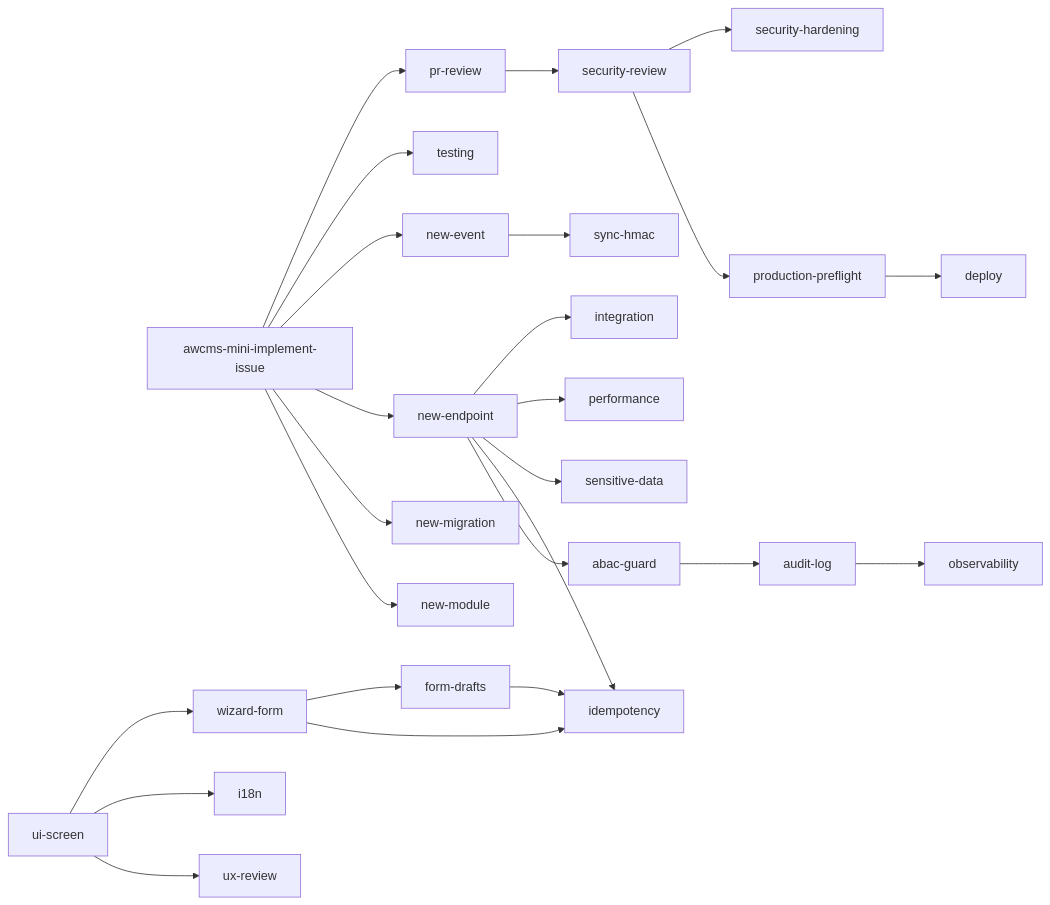
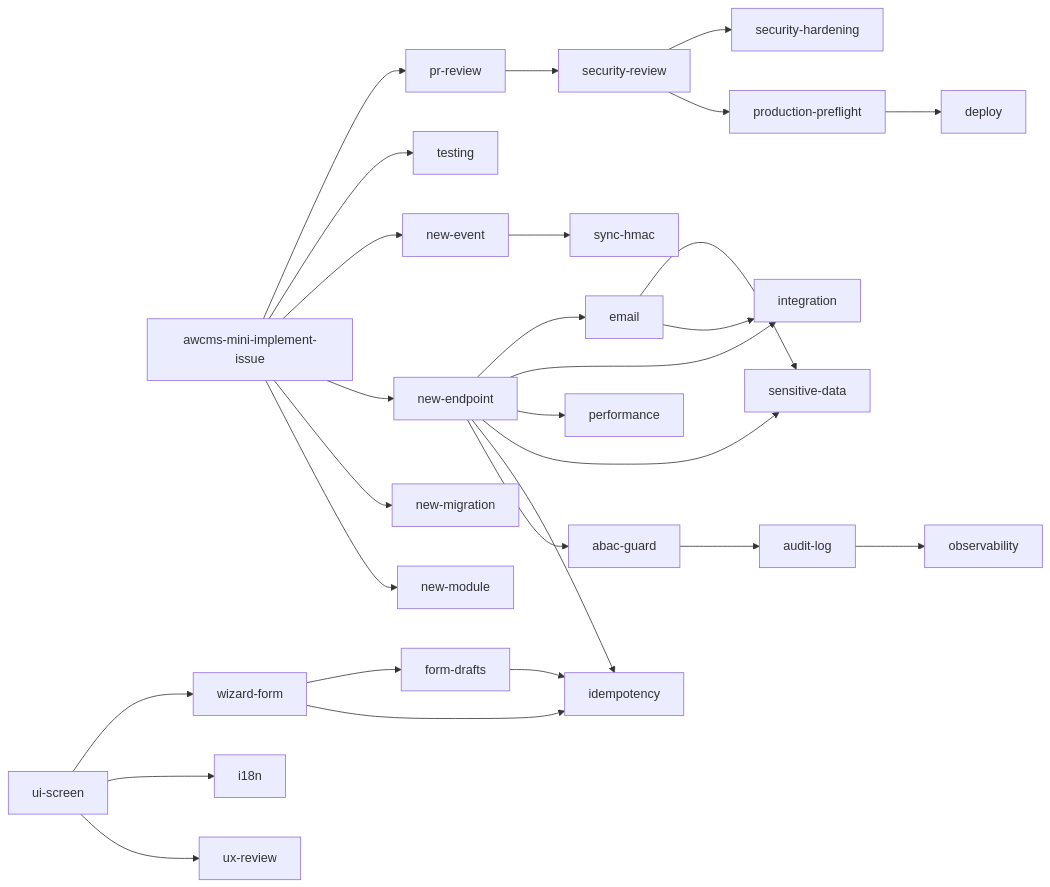
One commit to ahliweb/awcms-mini changed the third of 5 diagrams in AGENTS.md. Above: the diagram before and after it, drawn with Mermaid. The commit also changed other lines of this file and 28 other files, not shown here.

````diff
--- a/AGENTS.md
+++ b/AGENTS.md
@@ -134,25 +135,28 @@
 ```mermaid
 flowchart LR
   II[awcms-mini-implement-issue] --> NM[new-module]
   II --> MIG[new-migration]
   II --> EP[new-endpoint]
   II --> EV[new-event]
   II --> TST[testing]
   EP --> ABAC[abac-guard]
   EP --> IDEM[idempotency]
   ABAC --> AUD[audit-log]
   AUD --> OBS[observability]
   EP --> SD[sensitive-data]
   EV --> SYNC[sync-hmac]
   II --> PR[pr-review] --> SEC[security-review] --> PF[production-preflight]
   PF --> DEP[deploy]
   UI2[ui-screen] --> UXR[ux-review]
   UI2 --> I18N[i18n]
   UI2 --> WIZ[wizard-form]
   WIZ --> IDEM
   WIZ --> DRAFT[form-drafts]
   DRAFT --> IDEM
   EP --> PERF[performance]
   EP --> INT[integration]
   SEC --> HARD[security-hardening]
+  EP --> EMAIL[email]
+  EMAIL --> INT
+  EMAIL --> SD
 ```
````
